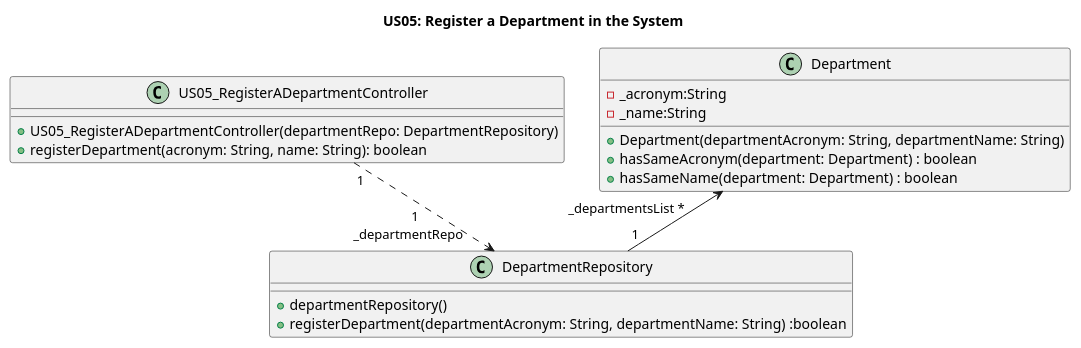
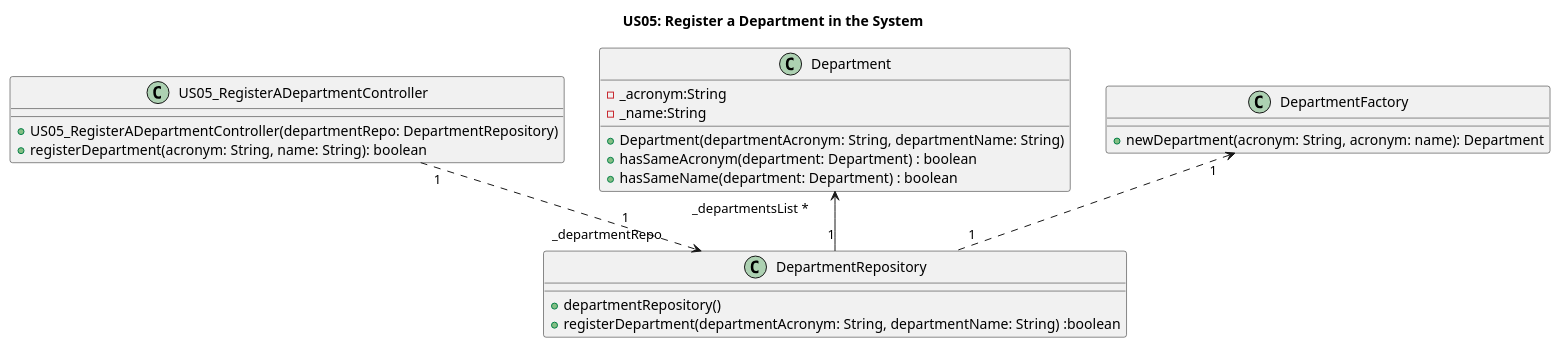
One commit to GasparISEP/DevOps-PAI changed the diagram in docs/US05/US05_DepartmentRegistryClassDiagram.puml. Above: the diagram before and after it, drawn with PlantUML. The commit also changed 1 other file, not shown here.

Commit message:
Update US05 Class Diagram and Sequence Diagram- added DepartmentFactory

```diff
--- a/docs/US05/US05_DepartmentRegistryClassDiagram.puml
+++ b/docs/US05/US05_DepartmentRegistryClassDiagram.puml
@@ -1,25 +1,30 @@
 @startuml
 title US05: Register a Department in the System
 'left to right direction
 
 class US05_RegisterADepartmentController {
     +US05_RegisterADepartmentController(departmentRepo: DepartmentRepository)
     +registerDepartment(acronym: String, name: String): boolean
 }
 
 class Department {
     -_acronym:String
     -_name:String
     +Department(departmentAcronym: String, departmentName: String)
     +hasSameAcronym(department: Department) : boolean
     +hasSameName(department: Department) : boolean
 }
 
 class DepartmentRepository {
     +departmentRepository()
     +registerDepartment(departmentAcronym: String, departmentName: String) :boolean
 }
 
-US05_RegisterADepartmentController "1" ..> "1\n_departmentRepo    " DepartmentRepository
+class DepartmentFactory {
+    +newDepartment(acronym: String, acronym: name): Department
+}
+
+US05_RegisterADepartmentController "1" ..> "       1\n_departmentRepo    " DepartmentRepository
 Department "_departmentsList *      " <-- "1" DepartmentRepository
+DepartmentFactory "1" <.. "1" DepartmentRepository
 @enduml
```
